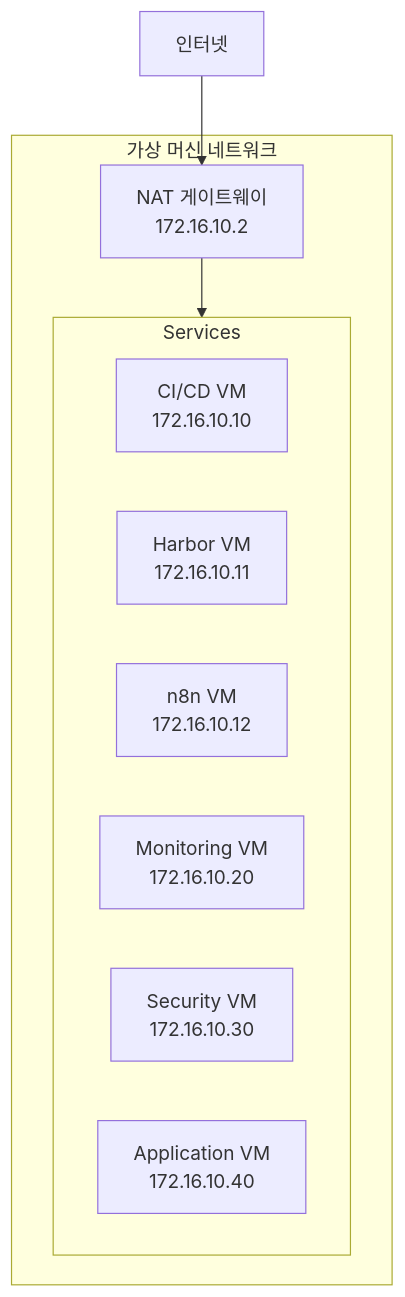
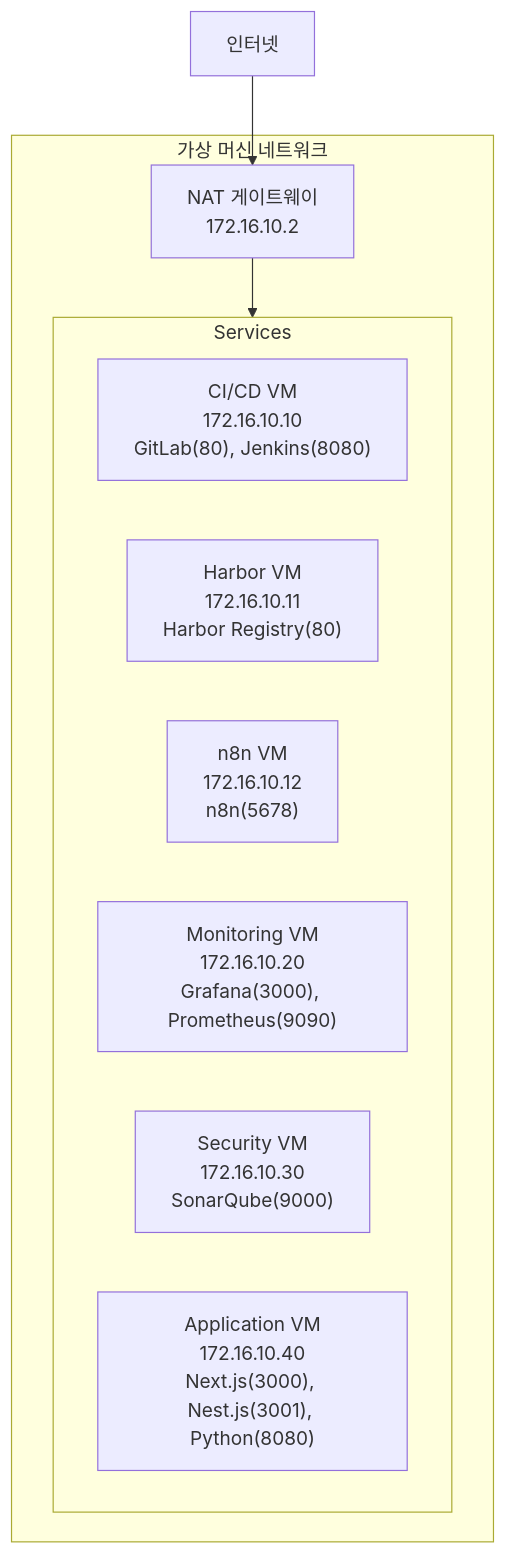
The first of 2 diagrams in 시스텝 구성도.md (cnf-kunkin/docker-compose), drawn with Mermaid before and after one commit. The commit also changed other lines of this file and 57 other files, not shown here.

````diff
--- a/시스텝 구성도.md
+++ b/시스텝 구성도.md
@@ -32,17 +32,17 @@
 ```mermaid
 graph TB
     Internet["인터넷"] --> Gateway["NAT 게이트웨이<br>172.16.10.2"]
     
     subgraph VMs["가상 머신 네트워크"]
         Gateway --> Services["서비스 VM들"]
         
         subgraph Services
-            CICD["CI/CD VM<br>172.16.10.10"]
-            HARBOR["Harbor VM<br>172.16.10.11"]
-            N8N["n8n VM<br>172.16.10.12"]
-            MON["Monitoring VM<br>172.16.10.20"]
-            SEC["Security VM<br>172.16.10.30"]
-            APP["Application VM<br>172.16.10.40"]
+            CICD["CI/CD VM<br>172.16.10.10<br>GitLab(80), Jenkins(8080)"]
+            HARBOR["Harbor VM<br>172.16.10.11<br>Harbor Registry(80)"]
+            N8N["n8n VM<br>172.16.10.12<br>n8n(5678)"]
+            MON["Monitoring VM<br>172.16.10.20<br>Grafana(3000), Prometheus(9090)"]
+            SEC["Security VM<br>172.16.10.30<br>SonarQube(9000)"]
+            APP["Application VM<br>172.16.10.40<br>Next.js(3000), Nest.js(3001), Python(8080)"]
         end
     end
 ```
````
